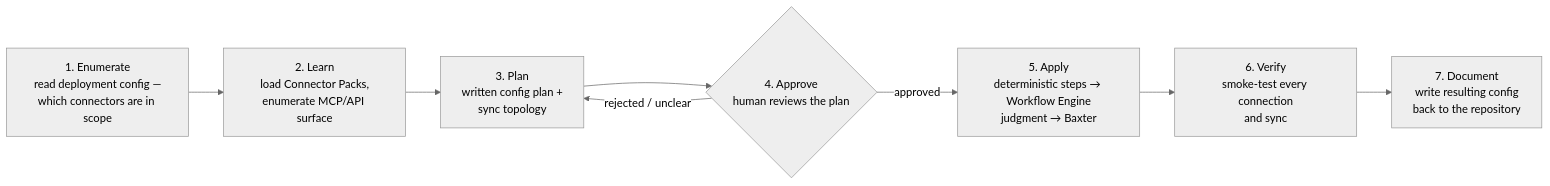
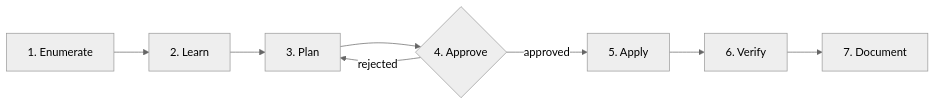
One commit to JexxaJ/baxter changed the second of 3 diagrams in references/framework.md. Above: the diagram before and after it, drawn with Mermaid (neutral theme). The commit also changed other lines of this file and 28 other files, not shown here.

````diff
--- a/references/framework.md
+++ b/references/framework.md
@@ -491,10 +441,10 @@
 ```mermaid
 flowchart LR
-    A["1. Enumerate<br/>read deployment config —<br/>which connectors are in scope"] --> B["2. Learn<br/>load Connector Packs,<br/>enumerate MCP/API surface"]
-    B --> C["3. Plan<br/>written config plan +<br/>sync topology"]
-    C --> D{"4. Approve<br/>human reviews the plan"}
-    D -->|"approved"| E["5. Apply<br/>deterministic steps → Workflow Engine<br/>judgment → Baxter"]
-    D -->|"rejected / unclear"| C
-    E --> F["6. Verify<br/>smoke-test every connection<br/>and sync"]
-    F --> G["7. Document<br/>write resulting config<br/>back to the repository"]
+    A["1. Enumerate"] --> B["2. Learn"]
+    B --> C["3. Plan"]
+    C --> D{"4. Approve"}
+    D -->|"approved"| E["5. Apply"]
+    D -->|"rejected"| C
+    E --> F["6. Verify"]
+    F --> G["7. Document"]
 ```
````
